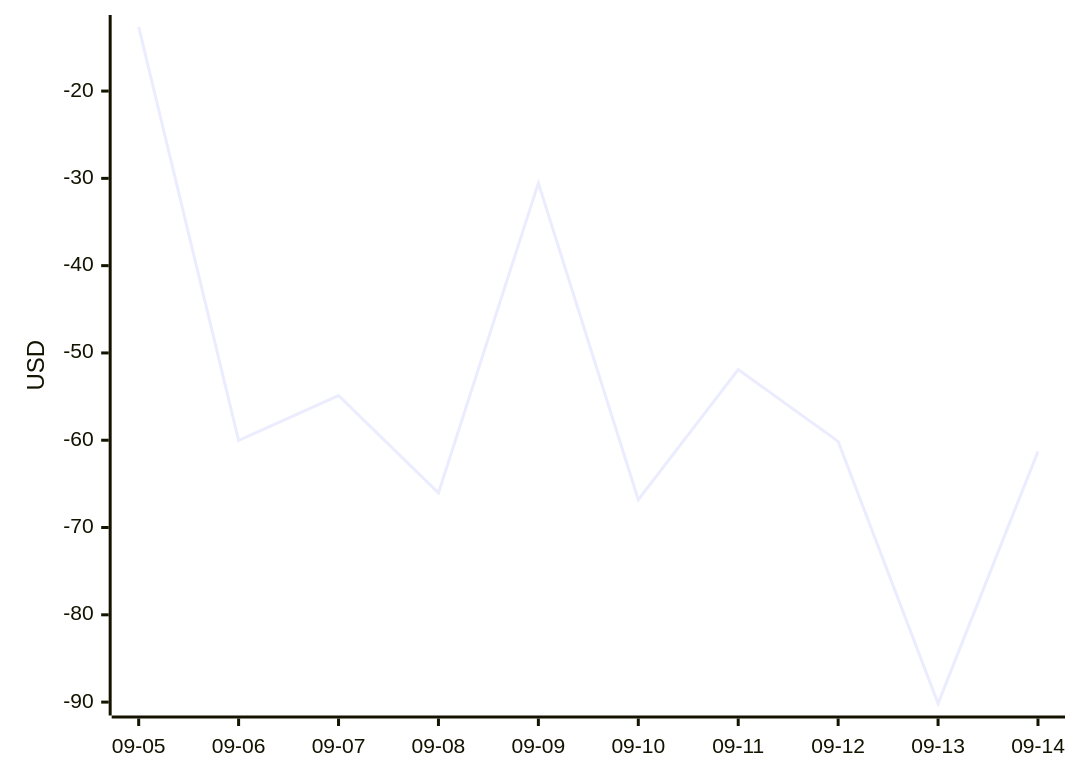
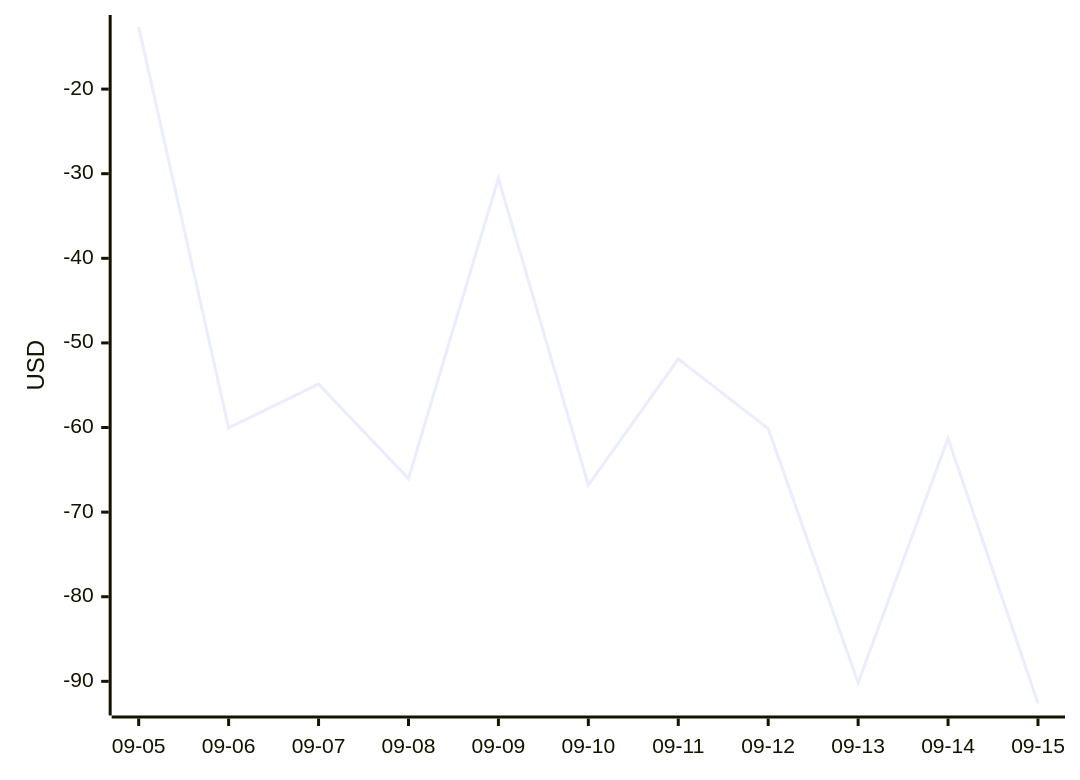
Before and after one commit to aryanvaid2108/prediction-trading: the diagram in DASHBOARD.md, drawn with Mermaid. The commit also changed other lines of this file and 7 other files, not shown here.

````diff
--- a/DASHBOARD.md
+++ b/DASHBOARD.md
@@ -65,6 +65,6 @@
 ```mermaid
 xychart-beta
-  x-axis ["09-05", "09-06", "09-07", "09-08", "09-09", "09-10", "09-11", "09-12", "09-13", "09-14"]
+  x-axis ["09-05", "09-06", "09-07", "09-08", "09-09", "09-10", "09-11", "09-12", "09-13", "09-14", "09-15"]
   y-axis "USD"
-  line [-12.66, -60.03, -54.88, -66.03, -30.54, -66.82, -51.90, -60.13, -90.16, -61.28]
+  line [-12.66, -60.03, -54.88, -66.03, -30.54, -66.82, -51.90, -60.13, -90.16, -61.28, -92.62]
 ```
````
